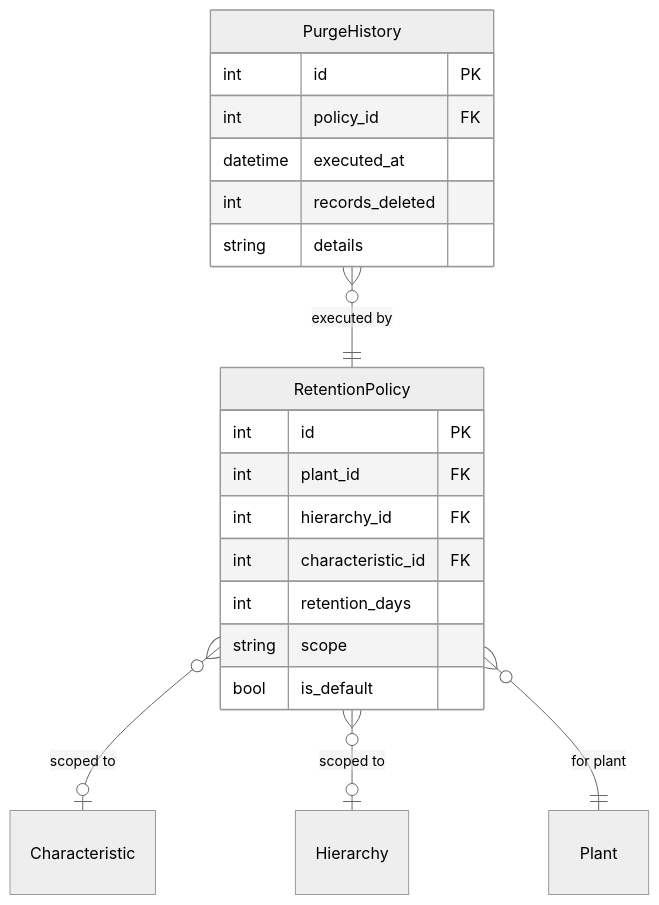
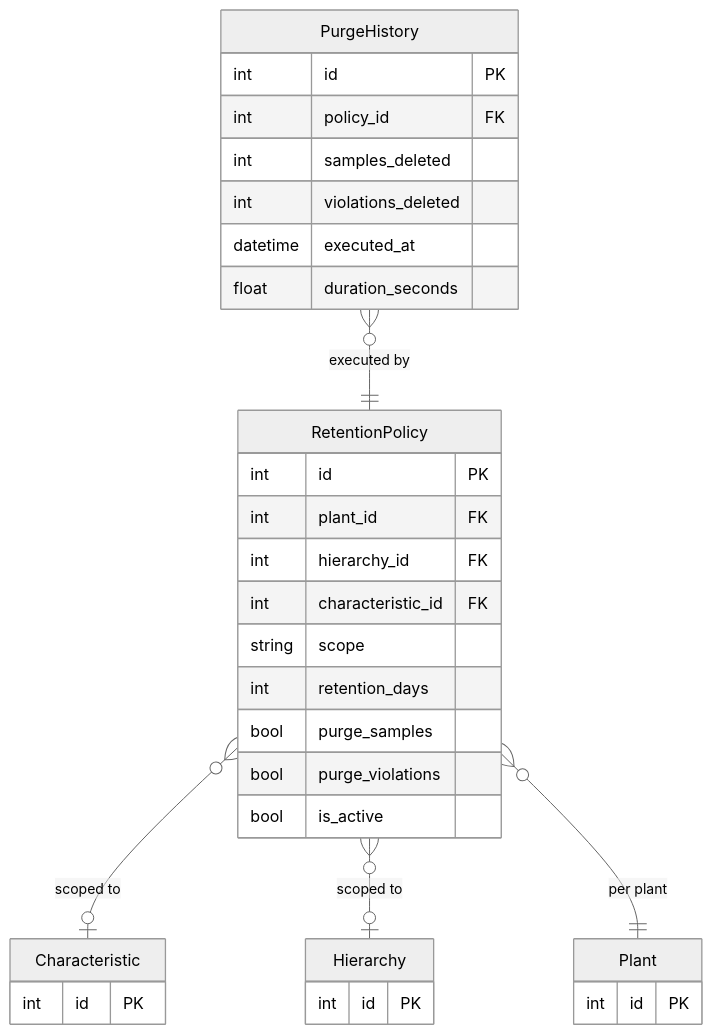
Before and after one commit to saturnis-io/cassini: the second of 2 diagrams in .knowledge/features/retention.md, drawn with Mermaid (neutral theme). The commit also changed other lines of this file and 15 other files, not shown here.

Commit message:
knowledge-graph: regenerate

````diff
--- a/.knowledge/features/retention.md
+++ b/.knowledge/features/retention.md
@@ -27,23 +27,35 @@
 ```mermaid
 erDiagram
     RetentionPolicy }o--o| Characteristic : "scoped to"
     RetentionPolicy }o--o| Hierarchy : "scoped to"
-    RetentionPolicy }o--|| Plant : "for plant"
+    RetentionPolicy }o--|| Plant : "per plant"
     PurgeHistory }o--|| RetentionPolicy : "executed by"
     RetentionPolicy {
         int id PK
         int plant_id FK
         int hierarchy_id FK
         int characteristic_id FK
+        string scope
         int retention_days
-        string scope
-        bool is_default
+        bool purge_samples
+        bool purge_violations
+        bool is_active
     }
     PurgeHistory {
         int id PK
         int policy_id FK
+        int samples_deleted
+        int violations_deleted
         datetime executed_at
-        int records_deleted
-        string details
+        float duration_seconds
+    }
+    Plant {
+        int id PK
+    }
+    Hierarchy {
+        int id PK
+    }
+    Characteristic {
+        int id PK
     }
 ```
````
